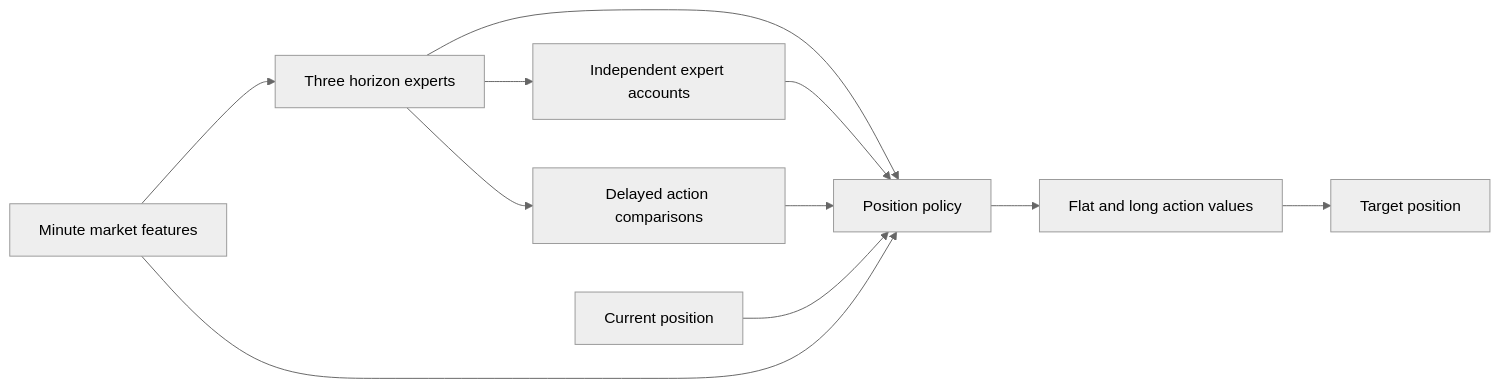
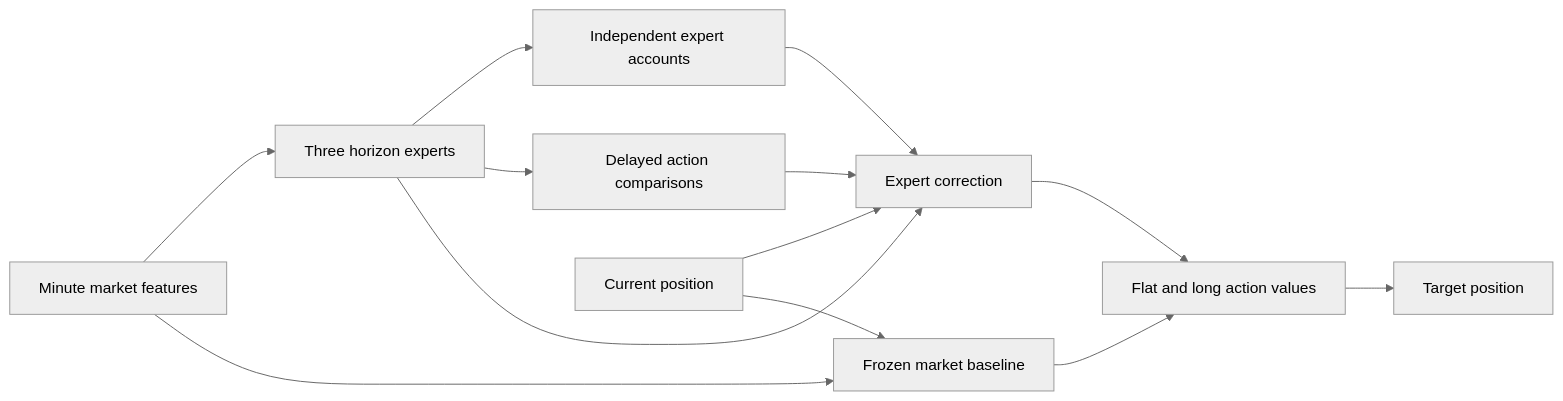
The diagram in README.md (Yamila56/eth-expert-routing), drawn with Mermaid (neutral theme) before and after one commit. The commit also changed other lines of this file and 7 other files, not shown here.

````diff
--- a/README.md
+++ b/README.md
@@ -9,13 +9,15 @@
 ```mermaid
 flowchart LR
     M[Minute market features] --> X[Three horizon experts]
     X --> A[Independent expert accounts]
     X --> E[Delayed action comparisons]
-    X --> P[Position policy]
+    X --> P[Expert correction]
     A --> P
     E --> P
     S[Current position] --> P
-    M --> P
+    S --> B
+    M --> B[Frozen market baseline]
+    B --> V
     P --> V[Flat and long action values]
     V --> T[Target position]
 ```
````
